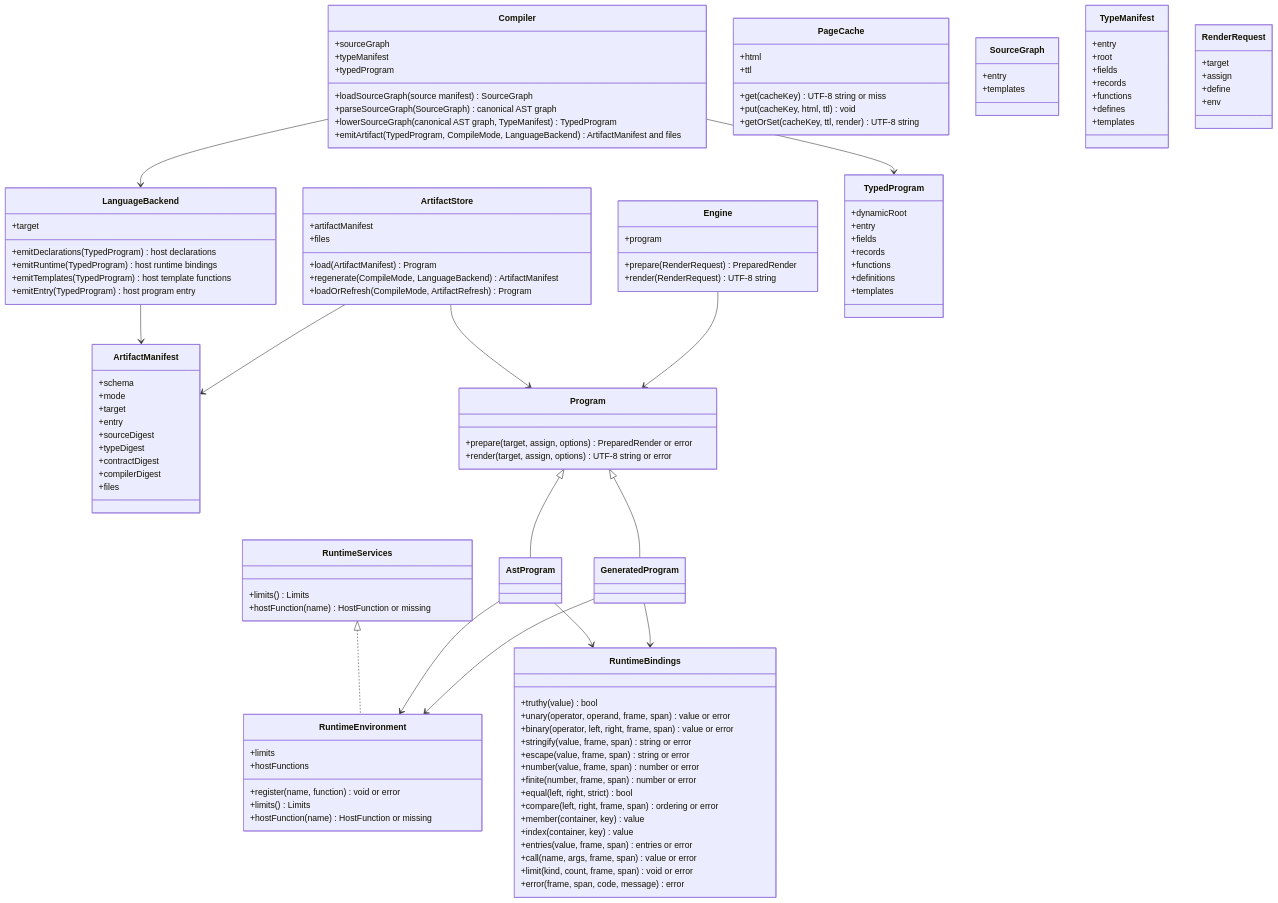
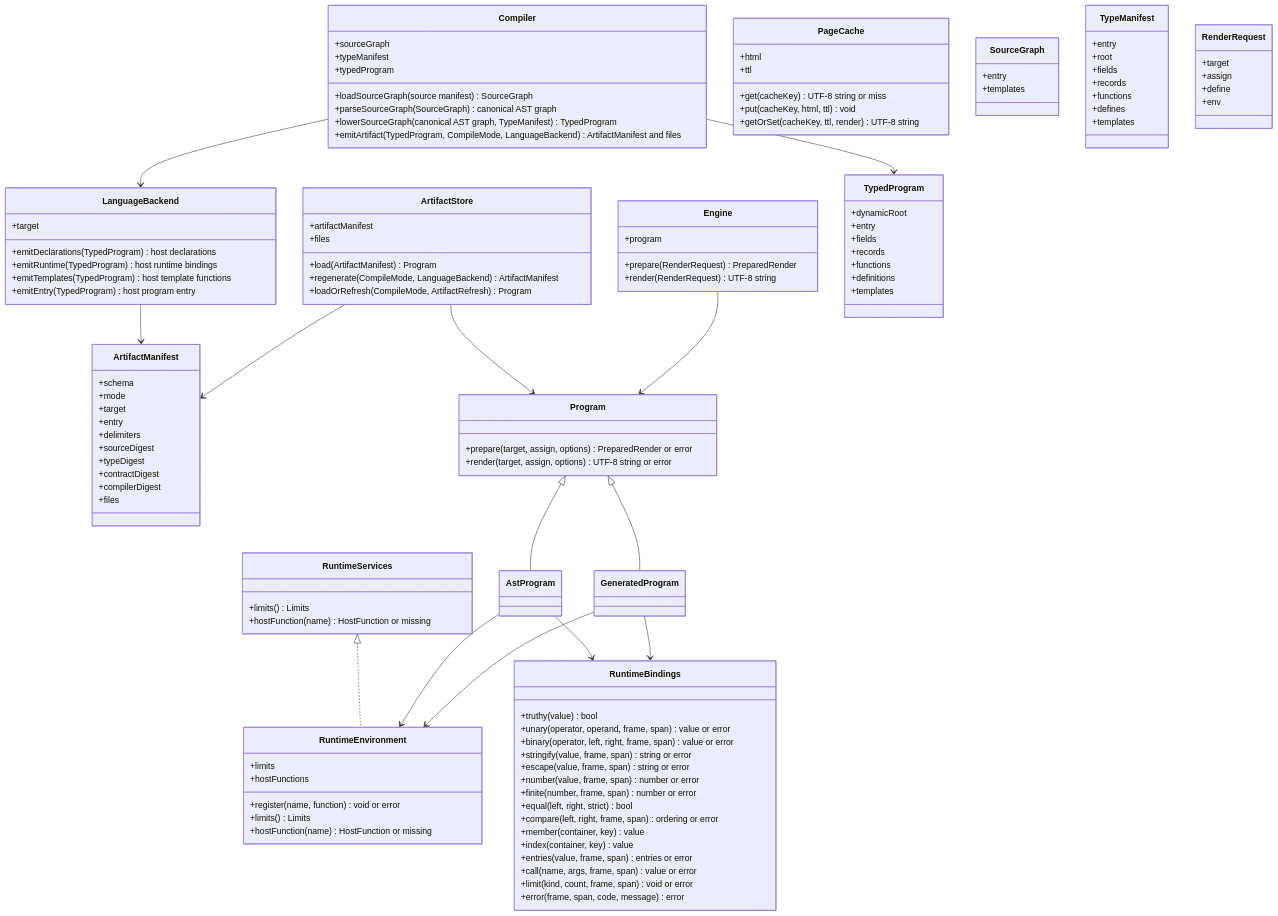
One commit to polyspec/template changed the diagram in tools/compiler/generated/compiler-classes.mmd. Above: the diagram before and after it, drawn with Mermaid. The commit also changed 38 other files, not shown here.

```diff
--- a/tools/compiler/generated/compiler-classes.mmd
+++ b/tools/compiler/generated/compiler-classes.mmd
@@ -1,122 +1,123 @@
 classDiagram
   class Compiler {
     +sourceGraph
     +typeManifest
     +typedProgram
     +loadSourceGraph(source manifest) SourceGraph
     +parseSourceGraph(SourceGraph) canonical AST graph
     +lowerSourceGraph(canonical AST graph, TypeManifest) TypedProgram
     +emitArtifact(TypedProgram, CompileMode, LanguageBackend) ArtifactManifest and files
   }
   class LanguageBackend {
     +target
     +emitDeclarations(TypedProgram) host declarations
     +emitRuntime(TypedProgram) host runtime bindings
     +emitTemplates(TypedProgram) host template functions
     +emitEntry(TypedProgram) host program entry
   }
   class ArtifactStore {
     +artifactManifest
     +files
     +load(ArtifactManifest) Program
     +regenerate(CompileMode, LanguageBackend) ArtifactManifest
     +loadOrRefresh(CompileMode, ArtifactRefresh) Program
   }
   class Engine {
     +program
     +prepare(RenderRequest) PreparedRender
     +render(RenderRequest) UTF-8 string
   }
   class PageCache {
     +html
     +ttl
     +get(cacheKey) UTF-8 string or miss
     +put(cacheKey, html, ttl) void
     +getOrSet(cacheKey, ttl, render) UTF-8 string
   }
   class RuntimeEnvironment {
     +limits
     +hostFunctions
     +register(name, function) void or error
     +limits() Limits
     +hostFunction(name) HostFunction or missing
   }
   class SourceGraph {
     +entry
     +templates
   }
   class TypeManifest {
     +entry
     +root
     +fields
     +records
     +functions
     +defines
     +templates
   }
   class TypedProgram {
     +dynamicRoot
     +entry
     +fields
     +records
     +functions
     +definitions
     +templates
   }
   class ArtifactManifest {
     +schema
     +mode
     +target
     +entry
+    +delimiters
     +sourceDigest
     +typeDigest
     +contractDigest
     +compilerDigest
     +files
   }
   class RenderRequest {
     +target
     +assign
     +define
     +env
   }
   class Program {
     +prepare(target, assign, options) PreparedRender or error
     +render(target, assign, options) UTF-8 string or error
   }
   class AstProgram
   class GeneratedProgram
   class RuntimeBindings {
     +truthy(value) bool
     +unary(operator, operand, frame, span) value or error
     +binary(operator, left, right, frame, span) value or error
     +stringify(value, frame, span) string or error
     +escape(value, frame, span) string or error
     +number(value, frame, span) number or error
     +finite(number, frame, span) number or error
     +equal(left, right, strict) bool
     +compare(left, right, frame, span) ordering or error
     +member(container, key) value
     +index(container, key) value
     +entries(value, frame, span) entries or error
     +call(name, args, frame, span) value or error
     +limit(kind, count, frame, span) void or error
     +error(frame, span, code, message) error
   }
   class RuntimeServices {
     +limits() Limits
     +hostFunction(name) HostFunction or missing
   }
   Program <|-- AstProgram
   Program <|-- GeneratedProgram
   Compiler --> TypedProgram
   Compiler --> LanguageBackend
   LanguageBackend --> ArtifactManifest
   ArtifactStore --> ArtifactManifest
   ArtifactStore --> Program
   Engine --> Program
   RuntimeServices <|.. RuntimeEnvironment
   AstProgram --> RuntimeEnvironment
   GeneratedProgram --> RuntimeEnvironment
   AstProgram --> RuntimeBindings
   GeneratedProgram --> RuntimeBindings
```
